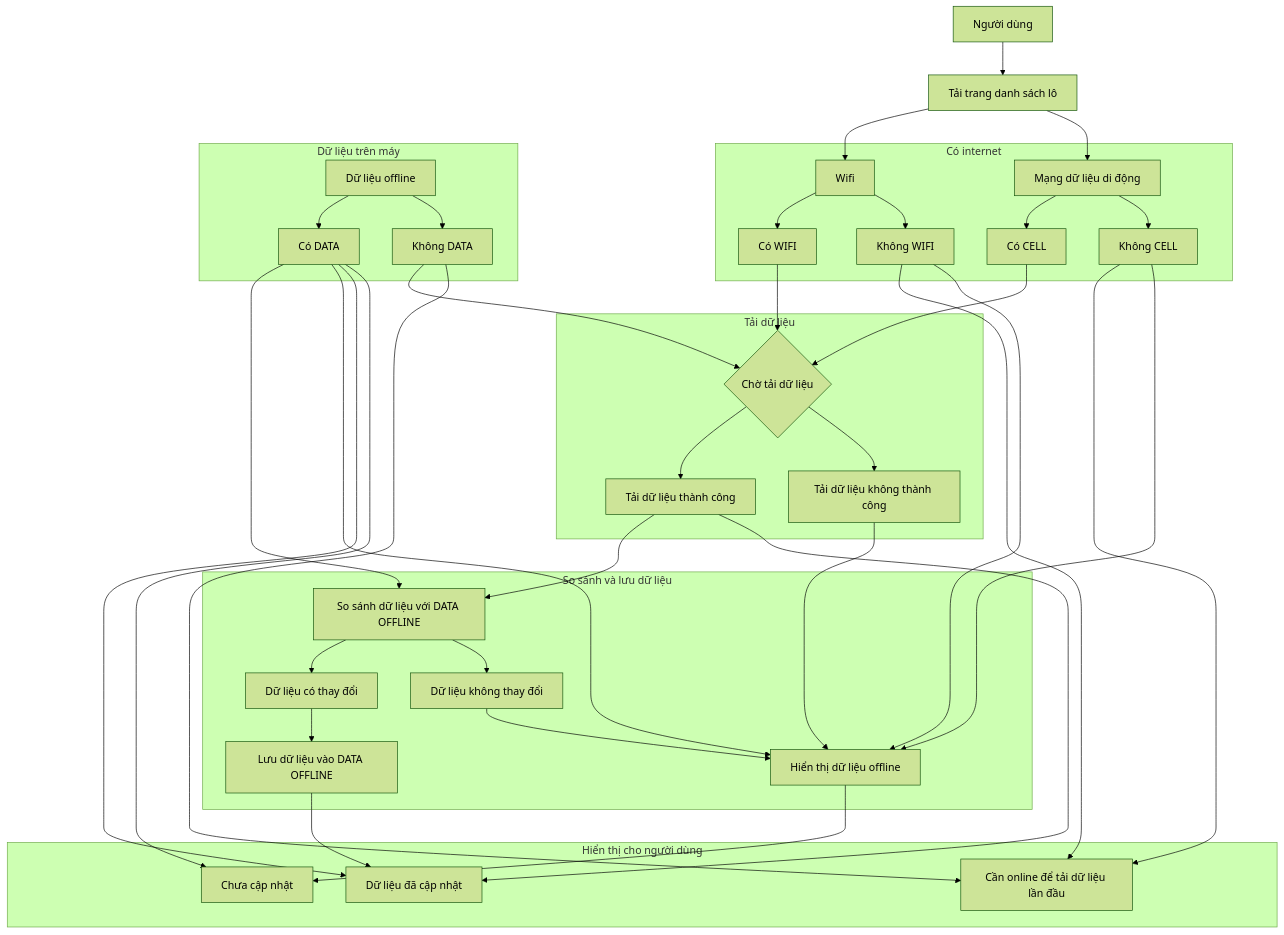
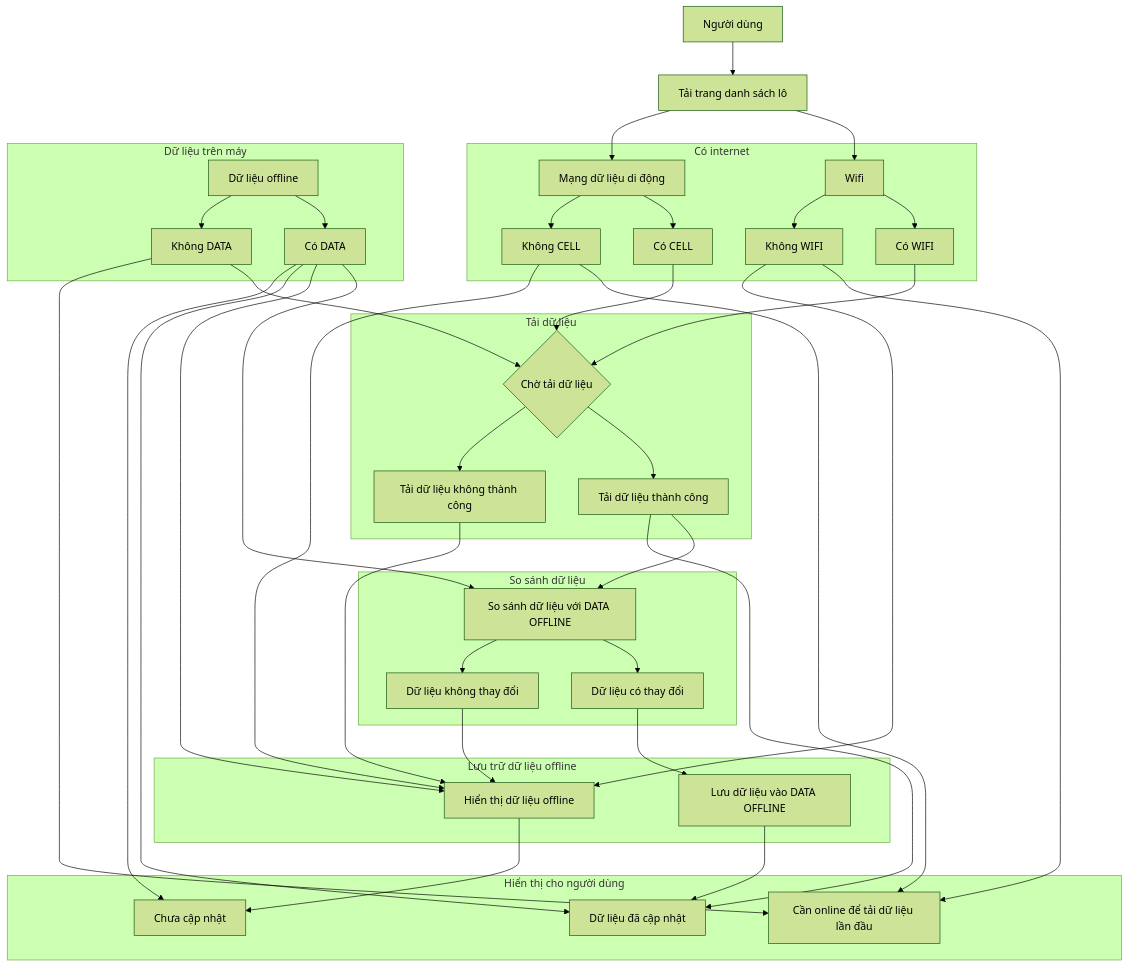
The diagram in docs/batches-flow.md (trethanhphat/tre-thanh-phat-pwa-docs), drawn with Mermaid (forest theme) before and after one commit.

```diff
--- a/docs/batches-flow.md
+++ b/docs/batches-flow.md
@@ -55,14 +55,16 @@
 end
 
 
-subgraph SYNC["So sánh và lưu dữ liệu"]
+subgraph COMPARE-MANAGER["So sánh dữ liệu"]
 COMPARE["So sánh dữ liệu với DATA OFFLINE"]
     DATA-Y --> COMPARE
     FETCH-Y --> COMPARE
 
     COMPARE --> COMPARE-Y["Dữ liệu có thay đổi"]
     COMPARE --> COMPARE-N["Dữ liệu không thay đổi"]
+end
 
+subgraph SAVE-MANAGER["Lưu trữ dữ liệu offline"]
 SAVE["Lưu dữ liệu vào DATA OFFLINE"]
     COMPARE-Y --> SAVE
 
```
